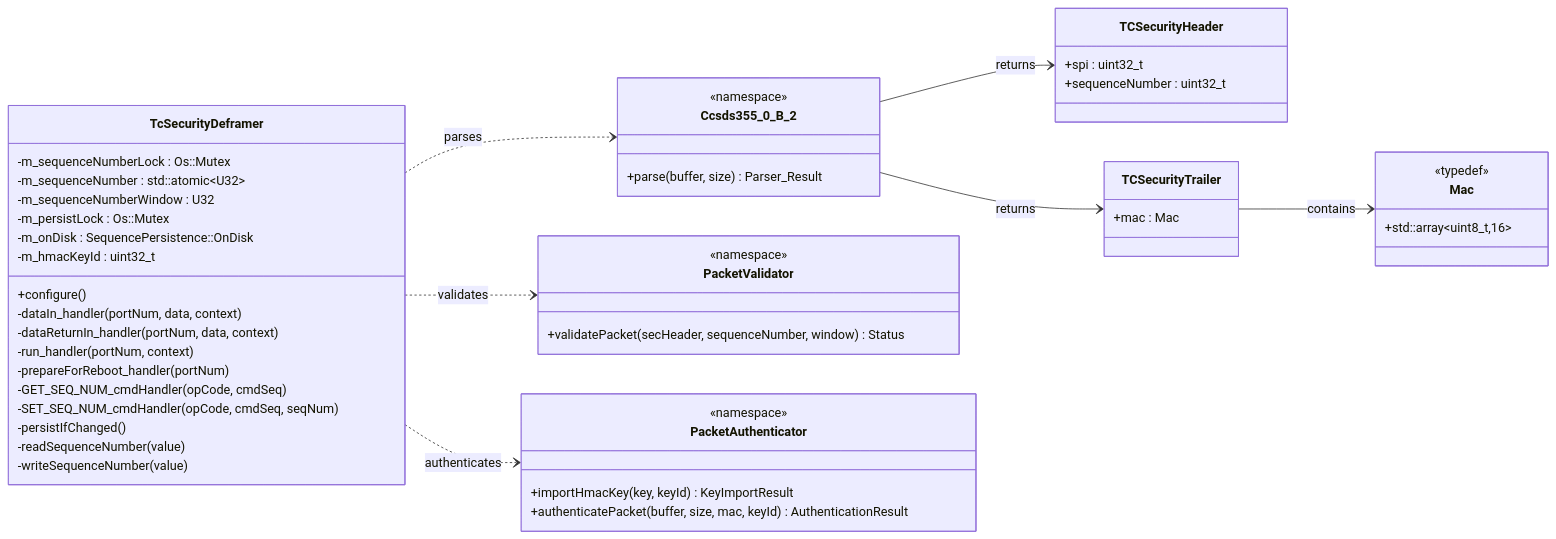
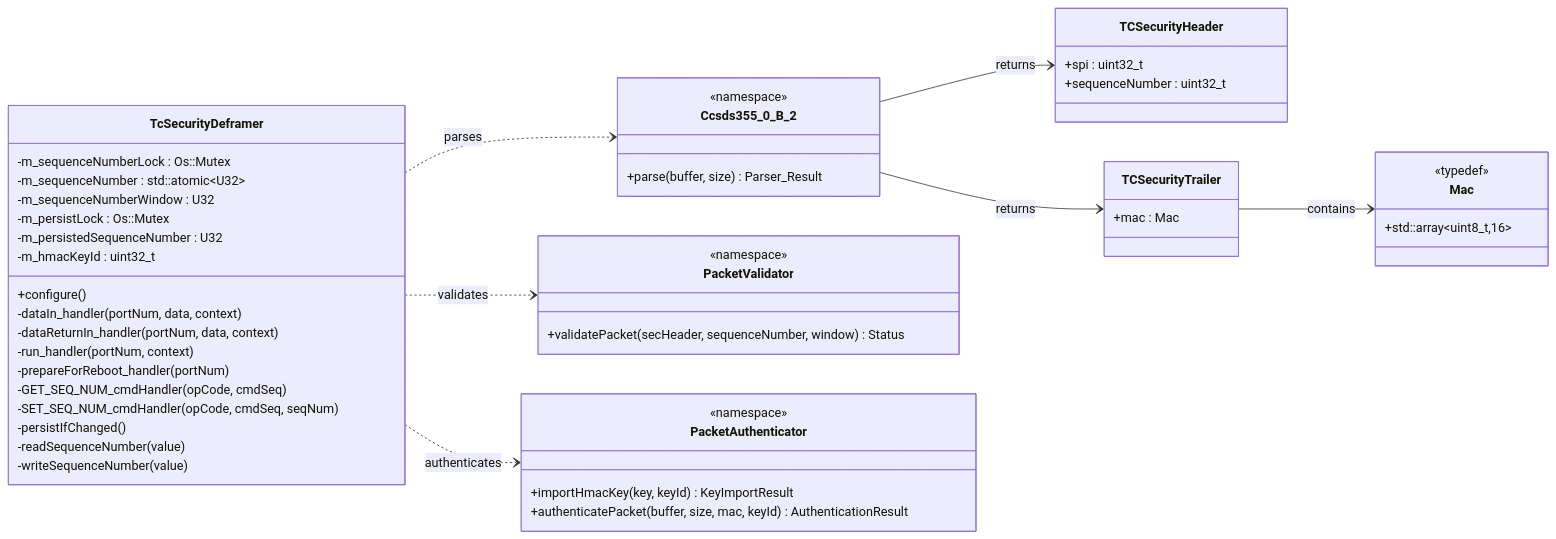
Before and after one commit to Open-Source-Space-Foundation/proves-core-reference: the diagram in docs-site/components/TcSecurityDeframer.md, drawn with Mermaid. The commit also changed other lines of this file and 7 other files, not shown here.

````diff
--- a/docs-site/components/TcSecurityDeframer.md
+++ b/docs-site/components/TcSecurityDeframer.md
@@ -28,60 +28,60 @@
 ```mermaid
 classDiagram
 direction LR
 
 class TcSecurityDeframer {
   +configure()
   -dataIn_handler(portNum, data, context)
   -dataReturnIn_handler(portNum, data, context)
   -run_handler(portNum, context)
   -prepareForReboot_handler(portNum)
   -GET_SEQ_NUM_cmdHandler(opCode, cmdSeq)
   -SET_SEQ_NUM_cmdHandler(opCode, cmdSeq, seqNum)
   -persistIfChanged()
   -readSequenceNumber(value)
   -writeSequenceNumber(value)
   -m_sequenceNumberLock : Os::Mutex
   -m_sequenceNumber : std::atomic~U32~
   -m_sequenceNumberWindow : U32
   -m_persistLock : Os::Mutex
-  -m_onDisk : SequencePersistence::OnDisk
+  -m_persistedSequenceNumber : U32
   -m_hmacKeyId : uint32_t
 }
 
 class Ccsds355_0_B_2 {
   <<namespace>>
   +parse(buffer, size) Parser_Result
 }
 
 class PacketValidator {
   <<namespace>>
   +validatePacket(secHeader, sequenceNumber, window) Status
 }
 
 class PacketAuthenticator {
   <<namespace>>
   +importHmacKey(key, keyId) KeyImportResult
   +authenticatePacket(buffer, size, mac, keyId) AuthenticationResult
 }
 
 class TCSecurityHeader {
   +spi : uint32_t
   +sequenceNumber : uint32_t
 }
 
 class TCSecurityTrailer {
   +mac : Mac
 }
 
 class Mac {
   <<typedef>>
   +std::array~uint8_t,16~
 }
 
 TcSecurityDeframer ..> Ccsds355_0_B_2 : parses
 TcSecurityDeframer ..> PacketValidator : validates
 TcSecurityDeframer ..> PacketAuthenticator : authenticates
 Ccsds355_0_B_2 --> TCSecurityHeader : returns
 Ccsds355_0_B_2 --> TCSecurityTrailer : returns
 TCSecurityTrailer --> Mac : contains
 ```
````
